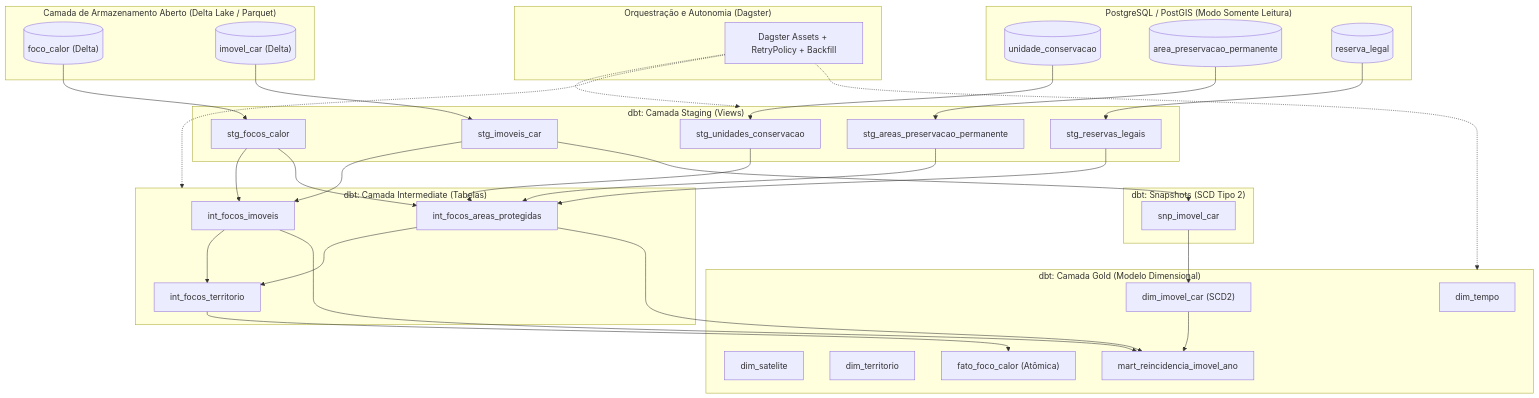
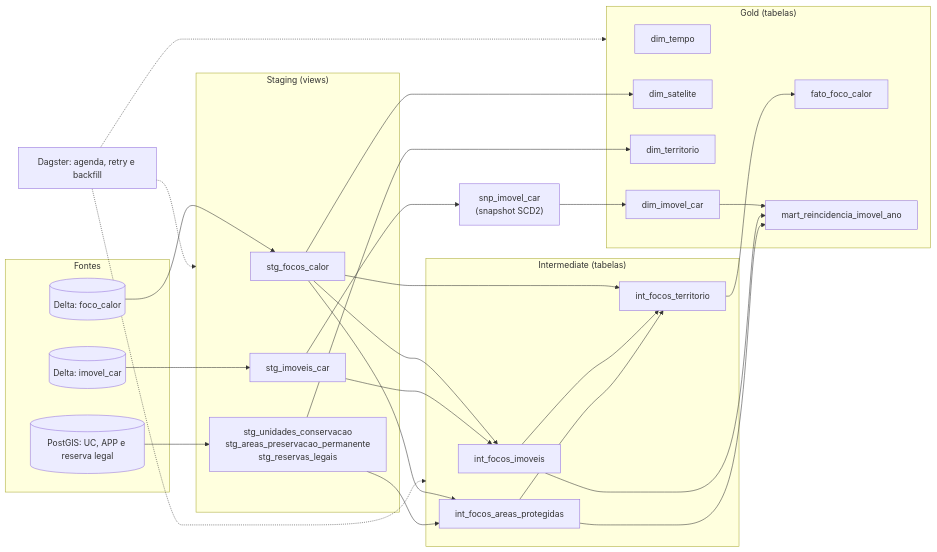
One commit to BeyondMagic/corta-fogo-df changed the diagram in docs/entrega/03/README.md. Above: the diagram before and after it, drawn with Mermaid. The commit also changed other lines of this file and 4 other files, not shown here.

````diff
--- a/docs/entrega/03/README.md
+++ b/docs/entrega/03/README.md
@@ -17,72 +19,50 @@
 ```mermaid
-flowchart TD
-    subgraph Lakehouse["Camada de Armazenamento Aberto (Delta Lake / Parquet)"]
-        delta_foco[("foco_calor (Delta)")]
-        delta_imovel[("imovel_car (Delta)")]
+flowchart LR
+    subgraph fontes["Fontes"]
+        lk_f[("Delta: foco_calor")]
+        lk_i[("Delta: imovel_car")]
+        pg[("PostGIS: UC, APP e reserva legal")]
     end
-
-    subgraph OLTP["PostgreSQL / PostGIS (Modo Somente Leitura)"]
-        pg_uc[("unidade_conservacao")]
-        pg_app[("area_preservacao_permanente")]
-        pg_rl[("reserva_legal")]
-    end
-
-    subgraph Staging["dbt: Camada Staging (Views)"]
+    subgraph staging["Staging (views)"]
         stg_f["stg_focos_calor"]
         stg_i["stg_imoveis_car"]
-        stg_uc["stg_unidades_conservacao"]
-        stg_app["stg_areas_preservacao_permanente"]
-        stg_rl["stg_reservas_legais"]
+        stg_t["stg_unidades_conservacao<br/>stg_areas_preservacao_permanente<br/>stg_reservas_legais"]
     end
-
-    subgraph Intermediate["dbt: Camada Intermediate (Tabelas)"]
+    subgraph inter["Intermediate (tabelas)"]
         int_fi["int_focos_imoveis"]
         int_ap["int_focos_areas_protegidas"]
         int_ft["int_focos_territorio"]
     end
-
-    subgraph Snapshot["dbt: Snapshots (SCD Tipo 2)"]
-        snp_car["snp_imovel_car"]
-    end
-
-    subgraph Gold["dbt: Camada Gold (Modelo Dimensional)"]
+    snp["snp_imovel_car<br/>(snapshot SCD2)"]
+    subgraph gold["Gold (tabelas)"]
         dim_t["dim_tempo"]
         dim_s["dim_satelite"]
         dim_terr["dim_territorio"]
-        dim_car["dim_imovel_car (SCD2)"]
-        fct_foco["fato_foco_calor (Atômica)"]
-        mart_reinc["mart_reincidencia_imovel_ano"]
+        dim_car["dim_imovel_car"]
+        fato["fato_foco_calor"]
+        mart["mart_reincidencia_imovel_ano"]
     end
+    dagster["Dagster: agenda, retry e backfill"]
 
-    subgraph Orquestracao["Orquestração e Autonomia (Dagster)"]
-        dagster["Dagster Assets + RetryPolicy + Backfill"]
-    end
-
-    delta_foco --> stg_f
-    delta_imovel --> stg_i
-    pg_uc --> stg_uc
-    pg_app --> stg_app
-    pg_rl --> stg_rl
-
+    lk_f --> stg_f
+    lk_i --> stg_i
+    pg --> stg_t
     stg_f --> int_fi
     stg_i --> int_fi
     stg_f --> int_ap
-    stg_uc --> int_ap
-    stg_app --> int_ap
-    stg_rl --> int_ap
-
-    stg_i --> snp_car
-    snp_car --> dim_car
-
+    stg_t --> int_ap
+    stg_f --> int_ft
     int_fi --> int_ft
     int_ap --> int_ft
-    int_ft --> fct_foco
-
-    int_fi --> mart_reinc
-    int_ap --> mart_reinc
-    dim_car --> mart_reinc
-
-    dagster -.-> Staging
-    dagster -.-> Intermediate
-    dagster -.-> Gold
+    stg_i --> snp
+    snp --> dim_car
+    stg_f --> dim_s
+    stg_t --> dim_terr
+    int_ft --> fato
+    dim_car --> mart
+    int_fi --> mart
+    int_ap --> mart
+    dagster -.-> staging
+    dagster -.-> inter
+    dagster -.-> gold
 ```
````
